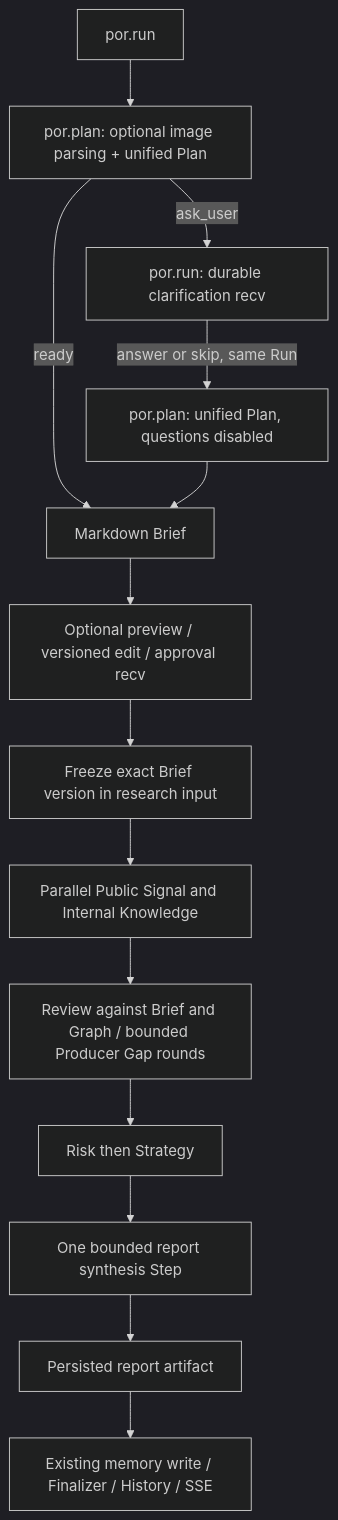
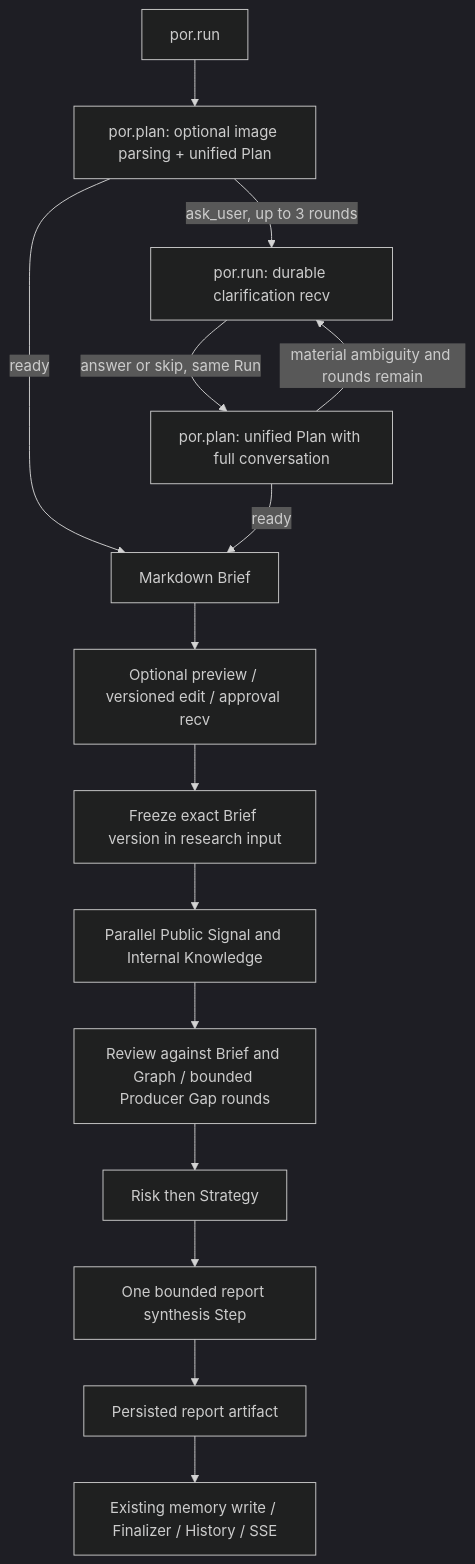
Before and after one commit to kkaaakk/public_opinion_research: the second of 2 diagrams in docs/architecture/research-brief.md, drawn with Mermaid (dark theme). The commit also changed other lines of this file and 21 other files, not shown here.

Commit message:
feat(brief): support up to three clarification rounds

````diff
--- a/docs/architecture/research-brief.md
+++ b/docs/architecture/research-brief.md
@@ -25,16 +25,17 @@
 ```mermaid
 flowchart TD
   A[por.run] --> B[por.plan: optional image parsing + unified Plan]
-  B -->|ask_user| C[por.run: durable clarification recv]
-  C -->|answer or skip, same Run| D[por.plan: unified Plan, questions disabled]
+  B -->|ask_user, up to 3 rounds| C[por.run: durable clarification recv]
+  C -->|answer or skip, same Run| D[por.plan: unified Plan with full conversation]
+  D -->|material ambiguity and rounds remain| C
   B -->|ready| E[Markdown Brief]
-  D --> E
+  D -->|ready| E
   E --> F[Optional preview / versioned edit / approval recv]
   F --> G[Freeze exact Brief version in research input]
   G --> H[Parallel Public Signal and Internal Knowledge]
   H --> I[Review against Brief and Graph / bounded Producer Gap rounds]
   I --> J[Risk then Strategy]
   J --> K[One bounded report synthesis Step]
   K --> L[Persisted report artifact]
   L --> M[Existing memory write / Finalizer / History / SSE]
 ```
````
